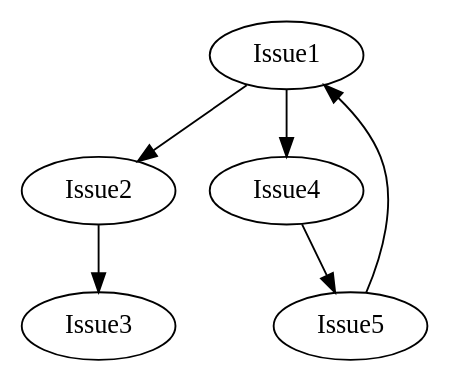
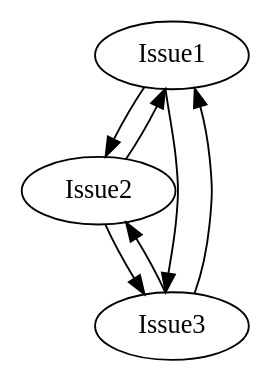
One commit to AlessandroCaetano/tcc changed the diagram in example.dot. Above: the diagram before and after it, drawn with Graphviz. The commit also changed 3 other files, not shown here.

Commit message:
Creating new figures for milestone graph

```diff
--- a/example.dot
+++ b/example.dot
@@ -1,7 +1,8 @@
 digraph G {
     Issue1 -> Issue2
+    Issue1 -> Issue3
+    Issue2 -> Issue1
     Issue2 -> Issue3
-    Issue1 -> Issue4
-    Issue4 -> Issue5
-    Issue5 -> Issue1
+    Issue3 -> Issue1
+    Issue3 -> Issue2
 }
```
